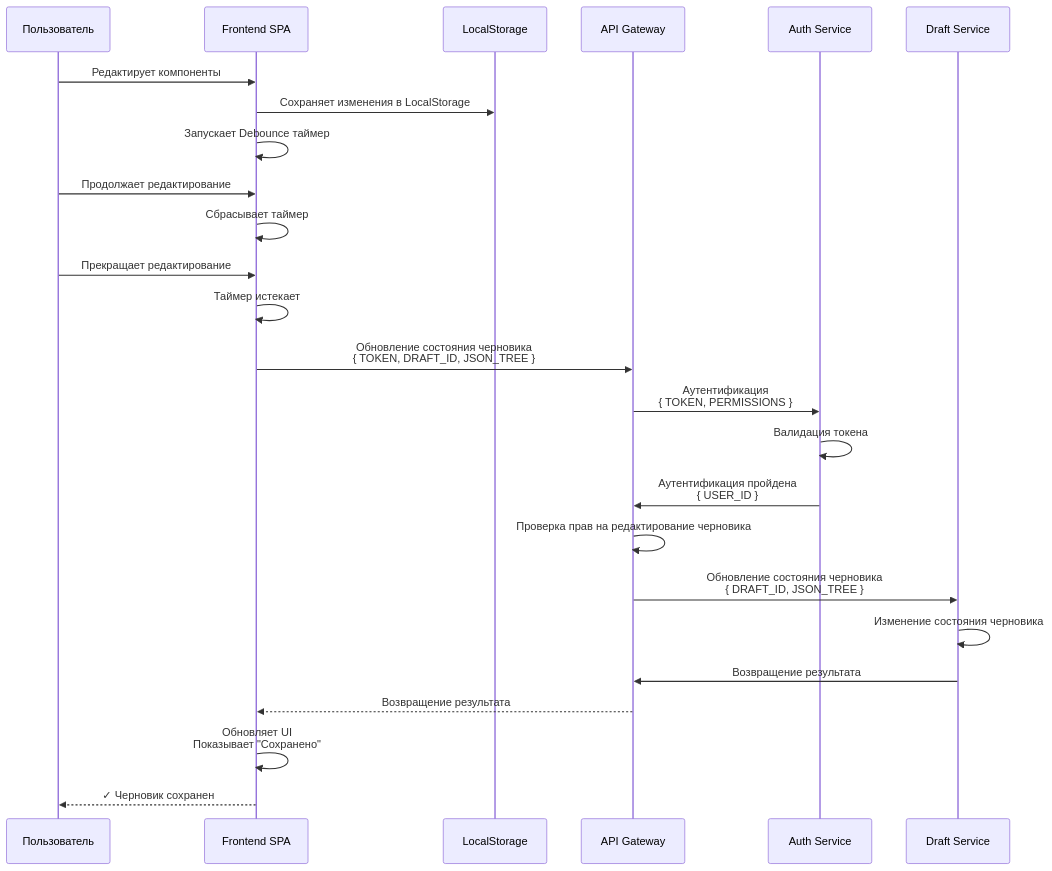
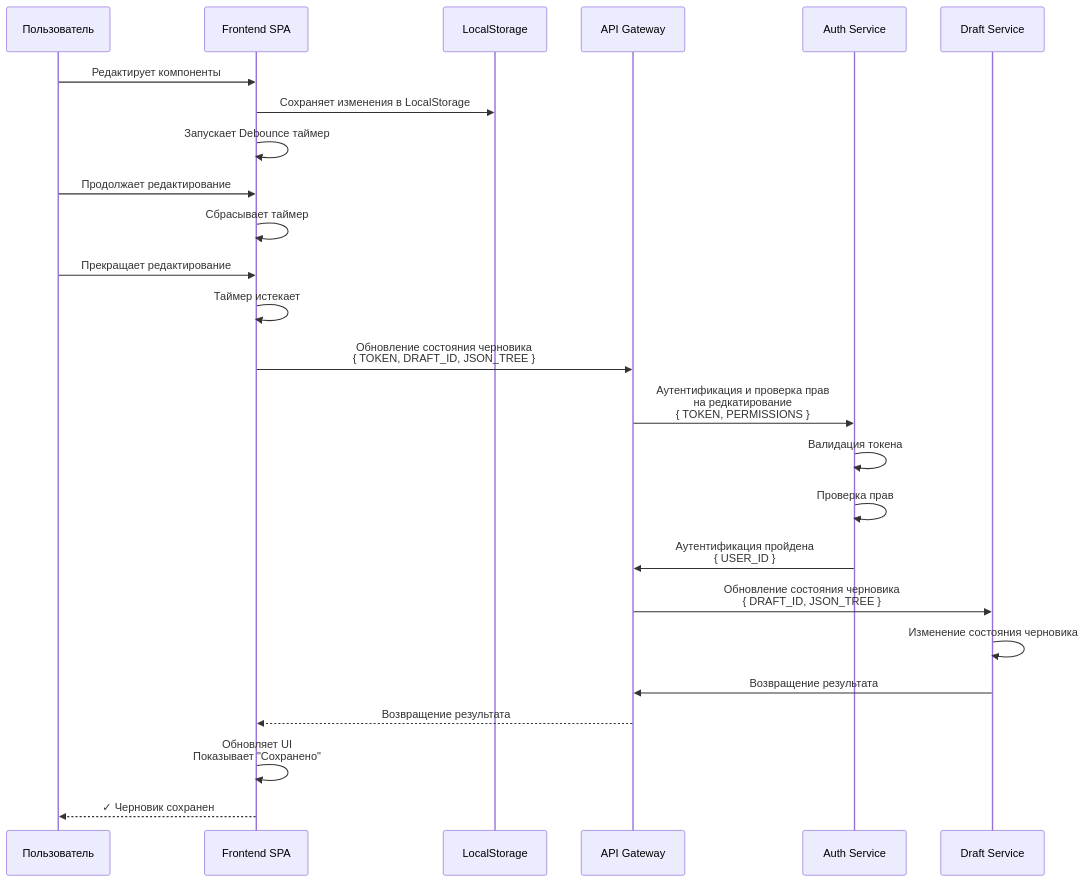
One commit to rki-mai/docs changed the second of 4 diagrams in ADRs/Уточнения и детализация архитектуры.md. Above: the diagram before and after it, drawn with Mermaid. The commit also changed other lines of this file, not shown here.

Commit message:
fix: move permissions check in auth service

````diff
--- a/ADRs/Уточнения и детализация архитектуры.md
+++ b/ADRs/Уточнения и детализация архитектуры.md
@@ -172,34 +171,34 @@
 ```mermaid
 sequenceDiagram
     participant User as Пользователь
     participant Frontend as Frontend SPA
     participant LocalStorage as LocalStorage
     participant Gateway as API Gateway
     participant AuthService as Auth Service
     participant DraftService as Draft Service
 
     User->>Frontend: Редактирует компоненты
     Frontend->>LocalStorage: Сохраняет изменения в LocalStorage
     Frontend->>Frontend: Запускает Debounce таймер
     
     User->>Frontend: Продолжает редактирование
     Frontend->>Frontend: Сбрасывает таймер
     
     User->>Frontend: Прекращает редактирование
     Frontend->>Frontend: Таймер истекает
     
     Frontend->>Gateway: Обновление состояния черновика<br/>{ TOKEN, DRAFT_ID, JSON_TREE }
-    
-    Gateway->>AuthService: Аутентификация<br/>{ TOKEN, PERMISSIONS }
+
+    Gateway->>AuthService: Аутентификация и проверка прав<br>на редкатирование<br/>{ TOKEN, PERMISSIONS }
 	AuthService->>AuthService: Валидация токена
+    AuthService->>AuthService: Проверка прав
     AuthService->>Gateway: Аутентификация пройдена<br/>{ USER_ID }
-    Gateway->>Gateway: Проверка прав на редактирование черновика
 
     Gateway->>DraftService: Обновление состояния черновика<br/>{ DRAFT_ID, JSON_TREE }
     DraftService->>DraftService: Изменение состояния черновика
     
     DraftService->>Gateway: Возвращение результата
     Gateway-->>Frontend: Возвращение результата
     Frontend->>Frontend: Обновляет UI<br/>Показывает "Сохранено"
     Frontend-->>User: ✓ Черновик сохранен
 ```
````
